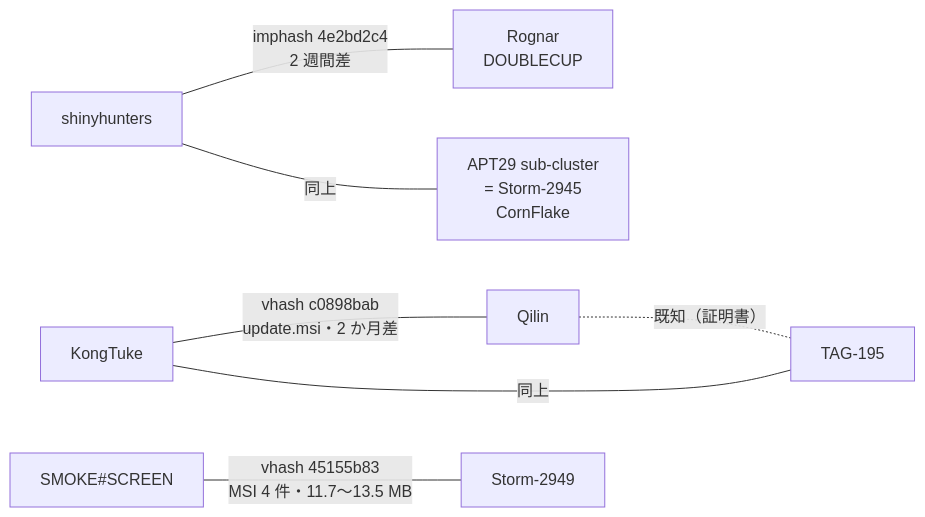
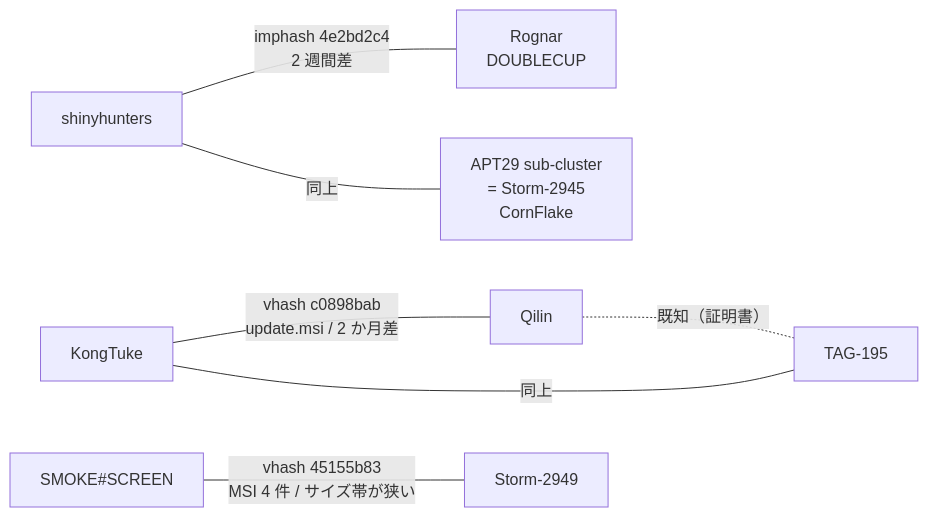
Before and after one commit to proshiba/research_bench: the sixth of 7 diagrams in reports/weekly/20260815.md, drawn with Mermaid. The commit also changed other lines of this file, not shown here.

First line of the commit message:
reports: 抜けていた図を足し、登録者の記述を実測に合わせる

````diff
--- a/reports/weekly/20260815.md
+++ b/reports/weekly/20260815.md
@@ -105,11 +120,11 @@
 ```mermaid
 flowchart LR
-  KT["KongTuke"] ---|"vhash c0898bab<br/>update.msi・2 か月差"| QI["Qilin"]
+  KT["KongTuke"] ---|"vhash c0898bab<br/>update.msi / 2 か月差"| QI["Qilin"]
   KT ---|"同上"| TAG["TAG-195"]
   QI -.-|"既知（証明書）"| TAG
 
   SH["shinyhunters"] ---|"imphash 4e2bd2c4<br/>2 週間差"| RG["Rognar<br/>DOUBLECUP"]
   SH ---|"同上"| A29["APT29 sub-cluster<br/>= Storm-2945<br/>CornFlake"]
 
-  SS["SMOKE#35;SCREEN"] ---|"vhash 45155b83<br/>MSI 4 件・11.7〜13.5 MB"| S29["Storm-2949"]
+  SS["SMOKE#35;SCREEN"] ---|"vhash 45155b83<br/>MSI 4 件 / サイズ帯が狭い"| S29["Storm-2949"]
 ```
````
